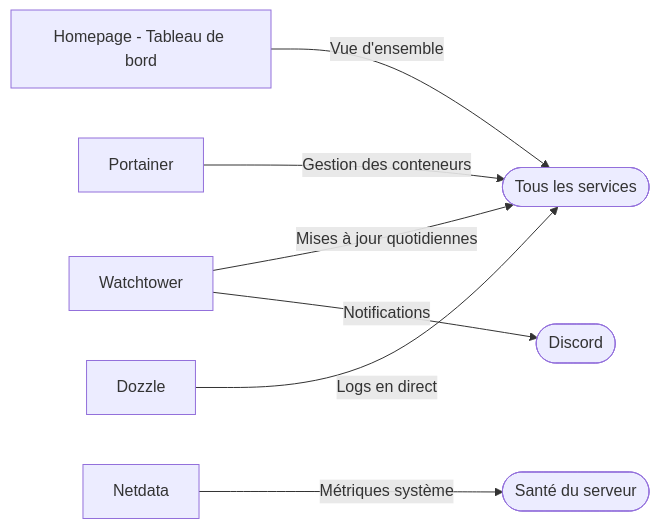
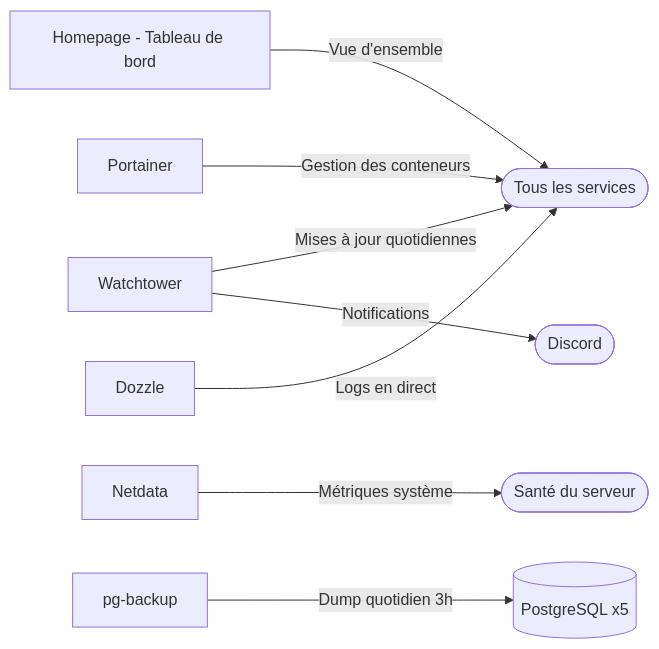
Before and after one commit to Wifsimster/docker-setup: the fifth of 6 diagrams in README.md, drawn with Mermaid. The commit also changed other lines of this file, not shown here.

Commit message:
docs: update README with pg-backup service, resource limits, and DB backup section

````diff
--- a/README.md
+++ b/README.md
@@ -184,9 +185,10 @@
 ```mermaid
 graph LR
     Homepage[Homepage - Tableau de bord] -->|Vue d'ensemble| Services([Tous les services])
     Watchtower -->|Mises à jour quotidiennes| Services
     Watchtower -->|Notifications| Discord([Discord])
     Portainer -->|Gestion des conteneurs| Services
     Dozzle -->|Logs en direct| Services
     Netdata -->|Métriques système| Serveur([Santé du serveur])
+    PgBackup[pg-backup] -->|Dump quotidien 3h| DB[(PostgreSQL x5)]
 ```
````
